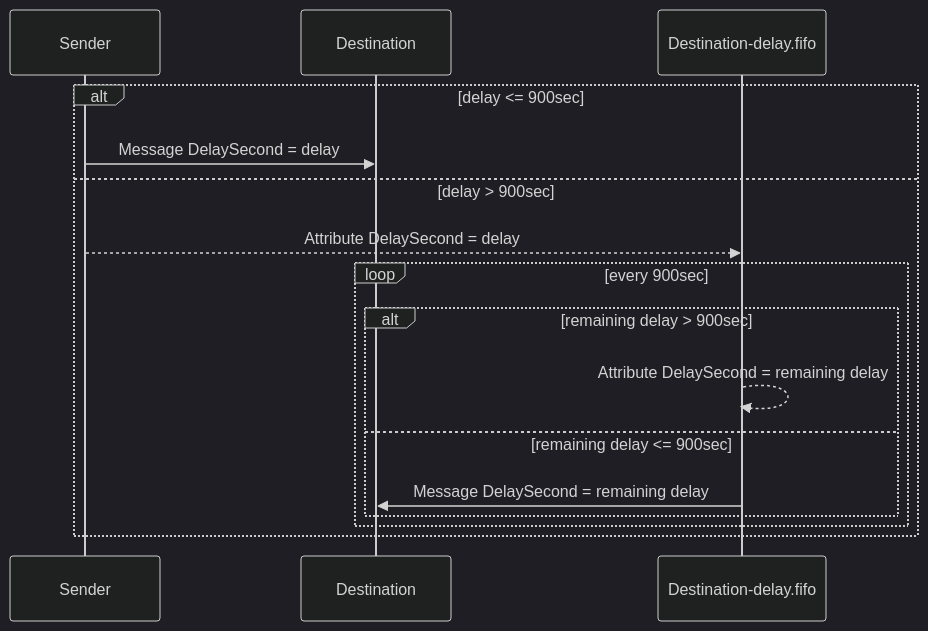
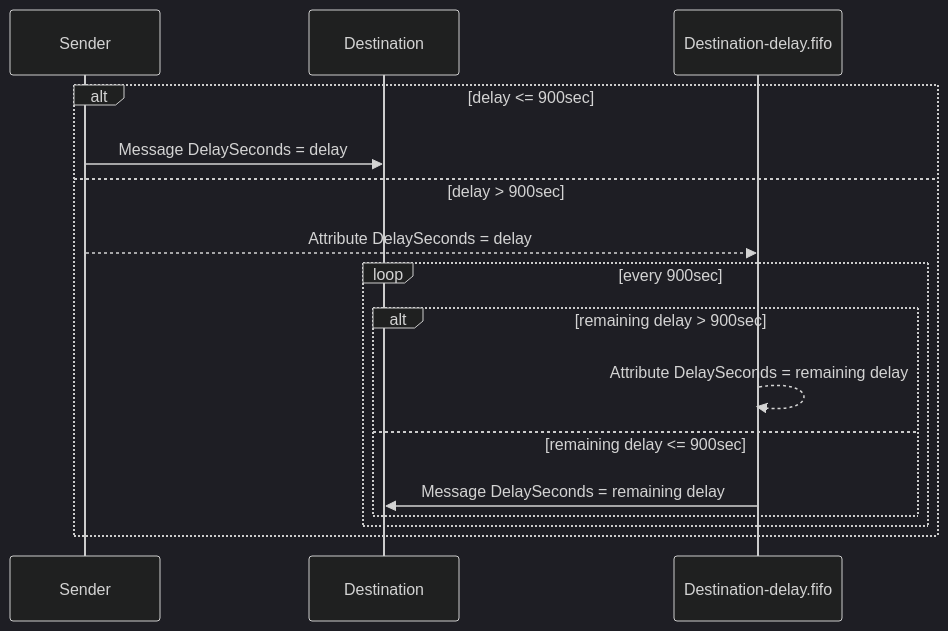
One commit to Particular/docs.particular.net changed the first of 4 diagrams in transports/sqs/delayed-delivery.md. Above: the diagram before and after it, drawn with Mermaid (dark theme). The commit also changed other lines of this file and 3 other files, not shown here.

````diff
--- a/transports/sqs/delayed-delivery.md
+++ b/transports/sqs/delayed-delivery.md
@@ -40,18 +40,18 @@
 ```mermaid
 sequenceDiagram
     participant S as Sender
     participant D as Destination
     participant F as Destination-delay.fifo
     alt delay <= 900sec
-        S ->> D: Message DelaySecond = delay
+        S ->> D: Message DelaySeconds = delay
     else delay > 900sec
-        S -->> F:  Attribute DelaySecond = delay
+        S -->> F:  Attribute DelaySeconds = delay
         loop every 900sec
            alt remaining delay > 900sec
-               F -->> F:  Attribute DelaySecond = remaining delay
+               F -->> F:  Attribute DelaySeconds = remaining delay
            else remaining delay <= 900sec
-              F ->> D: Message DelaySecond = remaining delay
+              F ->> D: Message DelaySeconds = remaining delay
            end
         end
 end
 ```
````
